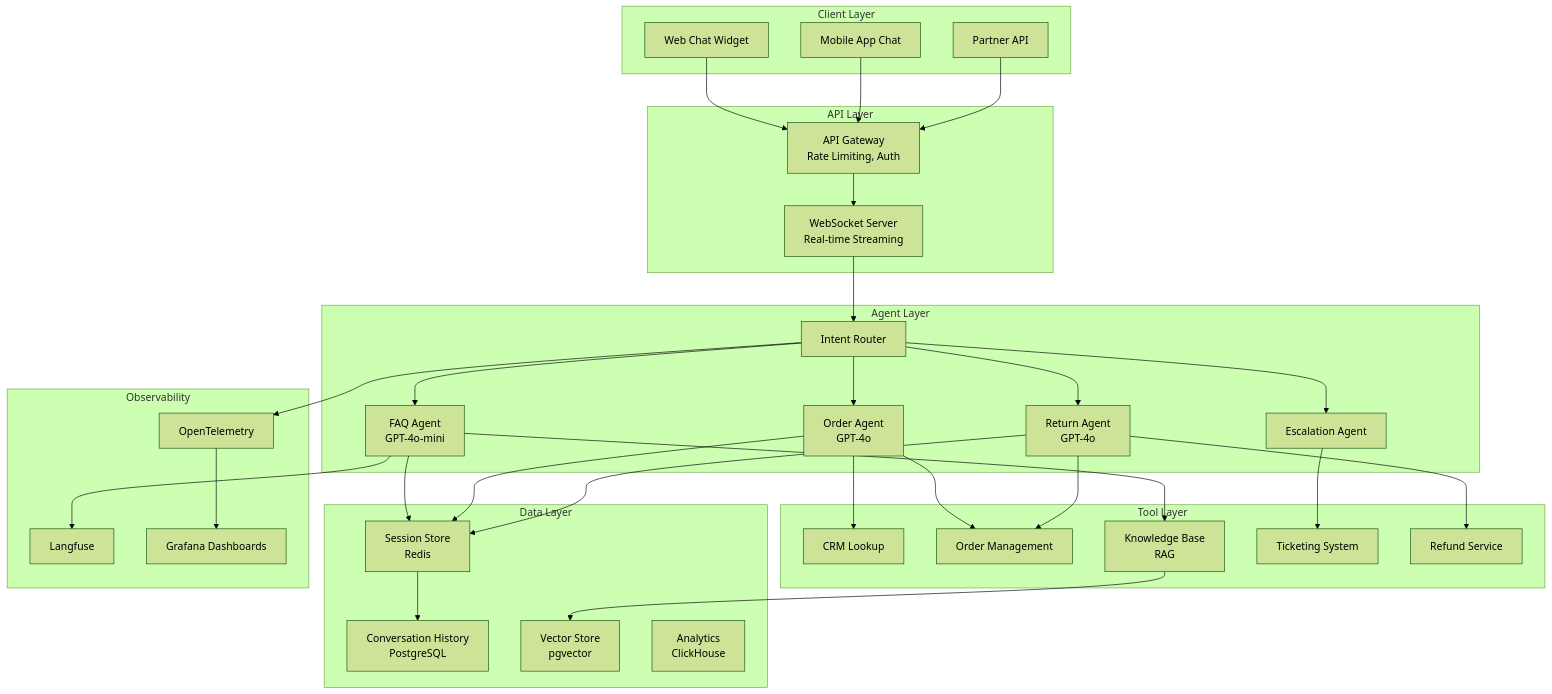
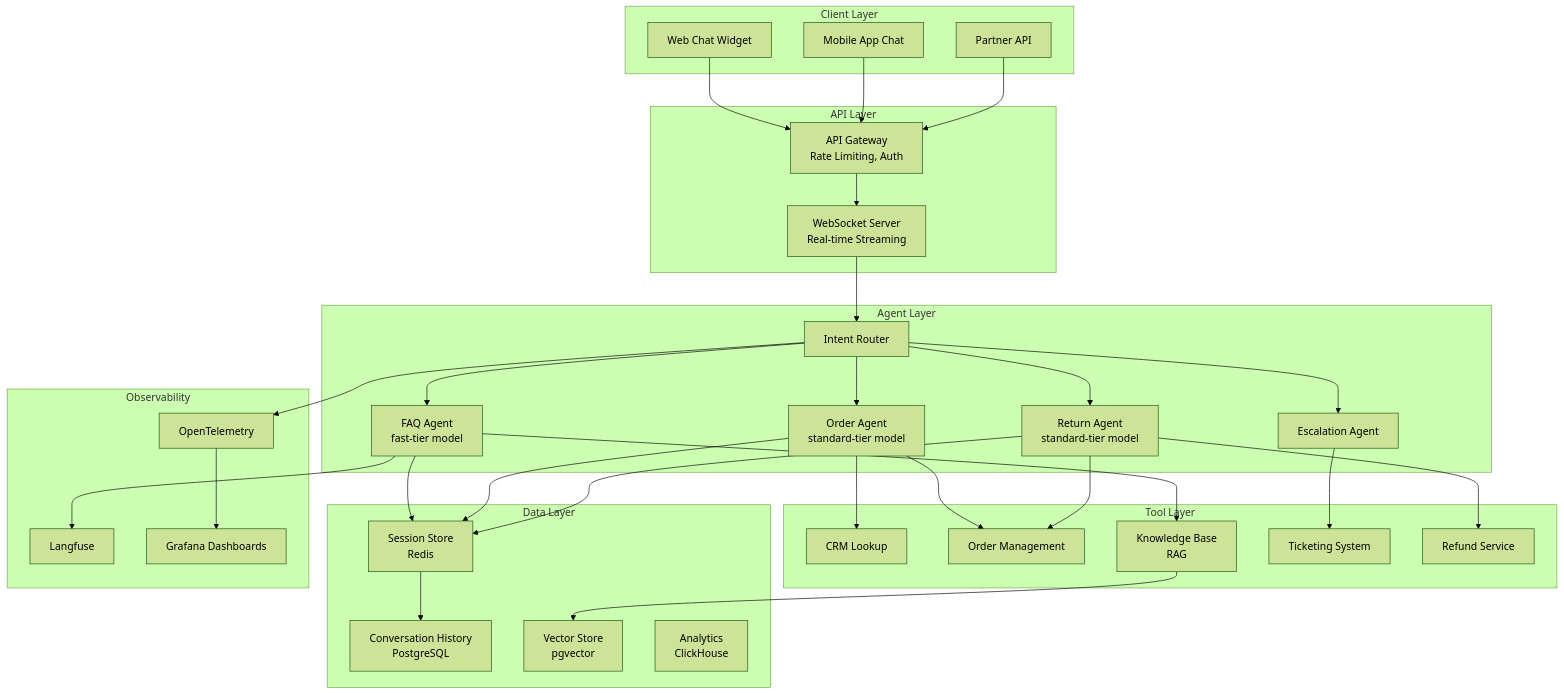
Before and after one commit to spawn08/agentic-ai-interview-kit: the first of 6 diagrams in docs/architecture-design/customer-support-agent.md, drawn with Mermaid (forest theme). The commit also changed other lines of this file and 150 other files, not shown here.

````diff
--- a/docs/architecture-design/customer-support-agent.md
+++ b/docs/architecture-design/customer-support-agent.md
@@ -65,66 +66,66 @@
 ```mermaid
 graph TB
     subgraph "Client Layer"
         Web[Web Chat Widget]
         Mobile[Mobile App Chat]
         API_EXT[Partner API]
     end
 
     subgraph "API Layer"
         GW[API Gateway<br/>Rate Limiting, Auth]
         WS[WebSocket Server<br/>Real-time Streaming]
     end
 
     subgraph "Agent Layer"
         Router[Intent Router]
-        FAQ[FAQ Agent<br/>GPT-4o-mini]
-        Order[Order Agent<br/>GPT-4o]
-        Return[Return Agent<br/>GPT-4o]
+        FAQ[FAQ Agent<br/>fast-tier model]
+        Order[Order Agent<br/>standard-tier model]
+        Return[Return Agent<br/>standard-tier model]
         Escalation[Escalation Agent]
     end
 
     subgraph "Tool Layer"
         CRM[CRM Lookup]
         OMS[Order Management]
         KB[Knowledge Base<br/>RAG]
         Ticket[Ticketing System]
         Refund[Refund Service]
     end
 
     subgraph "Data Layer"
         Session[Session Store<br/>Redis]
         History[Conversation History<br/>PostgreSQL]
         Vector[Vector Store<br/>pgvector]
         Analytics[Analytics<br/>ClickHouse]
     end
 
     subgraph "Observability"
         OTel[OpenTelemetry]
         LF[Langfuse]
         Grafana[Grafana Dashboards]
     end
 
     Web --> GW
     Mobile --> GW
     API_EXT --> GW
     GW --> WS
     WS --> Router
     Router --> FAQ
     Router --> Order
     Router --> Return
     Router --> Escalation
     FAQ --> KB
     Order --> CRM
     Order --> OMS
     Return --> OMS
     Return --> Refund
     Escalation --> Ticket
     FAQ --> Session
     Order --> Session
     Return --> Session
     Session --> History
     KB --> Vector
     Router --> OTel
     FAQ --> LF
     OTel --> Grafana
 ```
````
